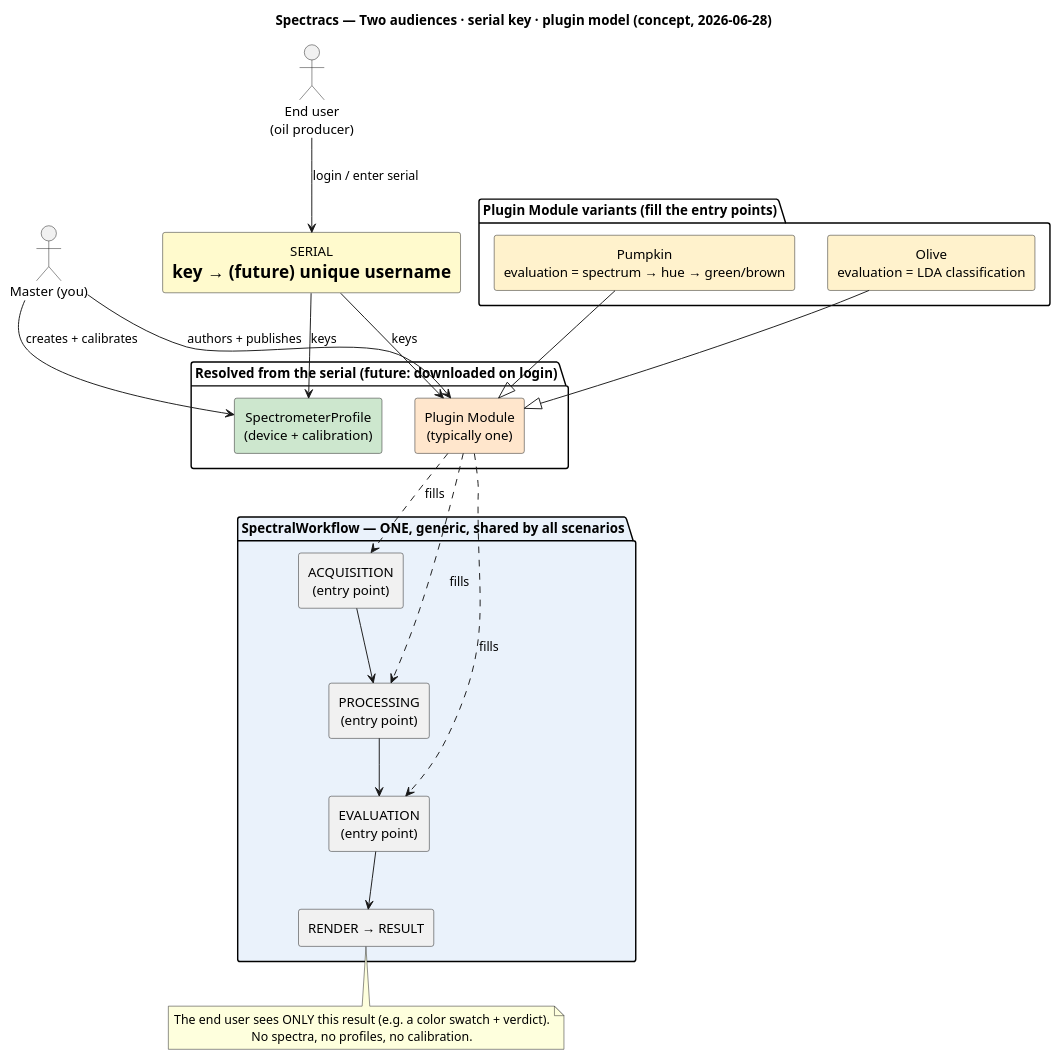
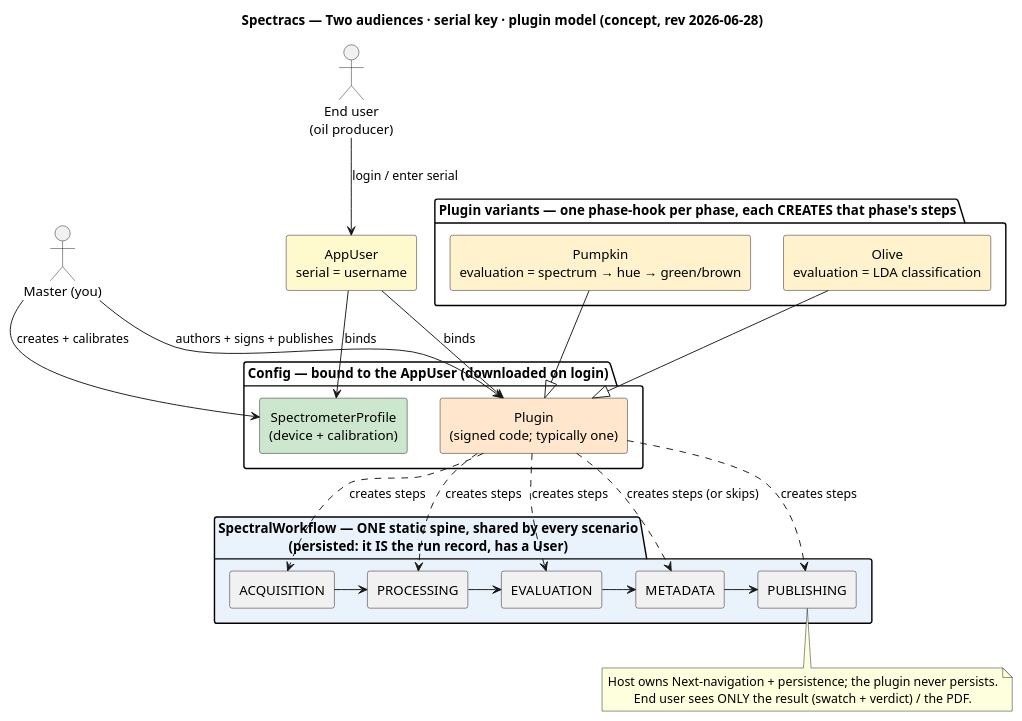
One commit to nidwe72/spectracs-docs changed the diagram in plugin_model.puml. Above: the diagram before and after it, drawn with PlantUML. The commit also changed 10 other files, not shown here.

First line of the commit message:
Spec: revise SpectralWorkflow object model (§9) + roadmap

```diff
--- a/plugin_model.puml
+++ b/plugin_model.puml
@@ -1,49 +1,53 @@
 @startuml plugin_model
-title Spectracs — Two audiences · serial key · plugin model (concept, 2026-06-28)
+title Spectracs — Two audiences · serial key · plugin model (concept, rev 2026-06-28)
 
 skinparam shadowing false
 skinparam componentStyle rectangle
 skinparam defaultTextAlignment center
 
 actor "Master (you)" as M
 actor "End user\n(oil producer)" as E
 
-component "SERIAL\n= key  → (future) unique username" as S #FFFACD
+component "AppUser\nserial = username" as S #FFFACD
 
-package "Resolved from the serial (future: downloaded on login)" {
+package "Config — bound to the AppUser (downloaded on login)" {
   component "SpectrometerProfile\n(device + calibration)" as P #CDE7CE
-  component "Plugin Module\n(typically one)" as PM #FFE6CC
+  component "Plugin\n(signed code; typically one)" as PM #FFE6CC
 }
 
-package "SpectralWorkflow — ONE, generic, shared by all scenarios" #EAF2FB {
-  component "ACQUISITION\n(entry point)" as A
-  component "PROCESSING\n(entry point)" as PR
-  component "EVALUATION\n(entry point)" as EV
-  component "RENDER → RESULT" as R
-  A --> PR
-  PR --> EV
-  EV --> R
+package "SpectralWorkflow — ONE static spine, shared by every scenario\n(persisted: it IS the run record, has a User)" #EAF2FB {
+  component "ACQUISITION" as A
+  component "PROCESSING" as PR
+  component "EVALUATION" as EV
+  component "METADATA" as MD
+  component "PUBLISHING" as PB
+  A -> PR
+  PR -> EV
+  EV -> MD
+  MD -> PB
 }
 
-package "Plugin Module variants (fill the entry points)" {
+package "Plugin variants — one phase-hook per phase, each CREATES that phase's steps" {
   component "Pumpkin\nevaluation = spectrum → hue → green/brown" as PU #FFF2CC
   component "Olive\nevaluation = LDA classification" as OL #FFF2CC
 }
 
-M --> P : creates + calibrates
-M --> PM : authors + publishes
-E --> S : login / enter serial
-S --> P : keys
-S --> PM : keys
-PM ..> A : fills
-PM ..> PR : fills
-PM ..> EV : fills
+M --> P  : creates + calibrates
+M --> PM : authors + signs + publishes
+E --> S  : login / enter serial
+S --> P  : binds
+S --> PM : binds
+PM ..> A  : creates steps
+PM ..> PR : creates steps
+PM ..> EV : creates steps
+PM ..> MD : creates steps (or skips)
+PM ..> PB : creates steps
 PU --|> PM
 OL --|> PM
 
-note bottom of R
-  The end user sees ONLY this result (e.g. a color swatch + verdict).
-  No spectra, no profiles, no calibration.
+note bottom of PB
+  Host owns Next-navigation + persistence; the plugin never persists.
+  End user sees ONLY the result (swatch + verdict) / the PDF.
 end note
 
 @enduml
```
